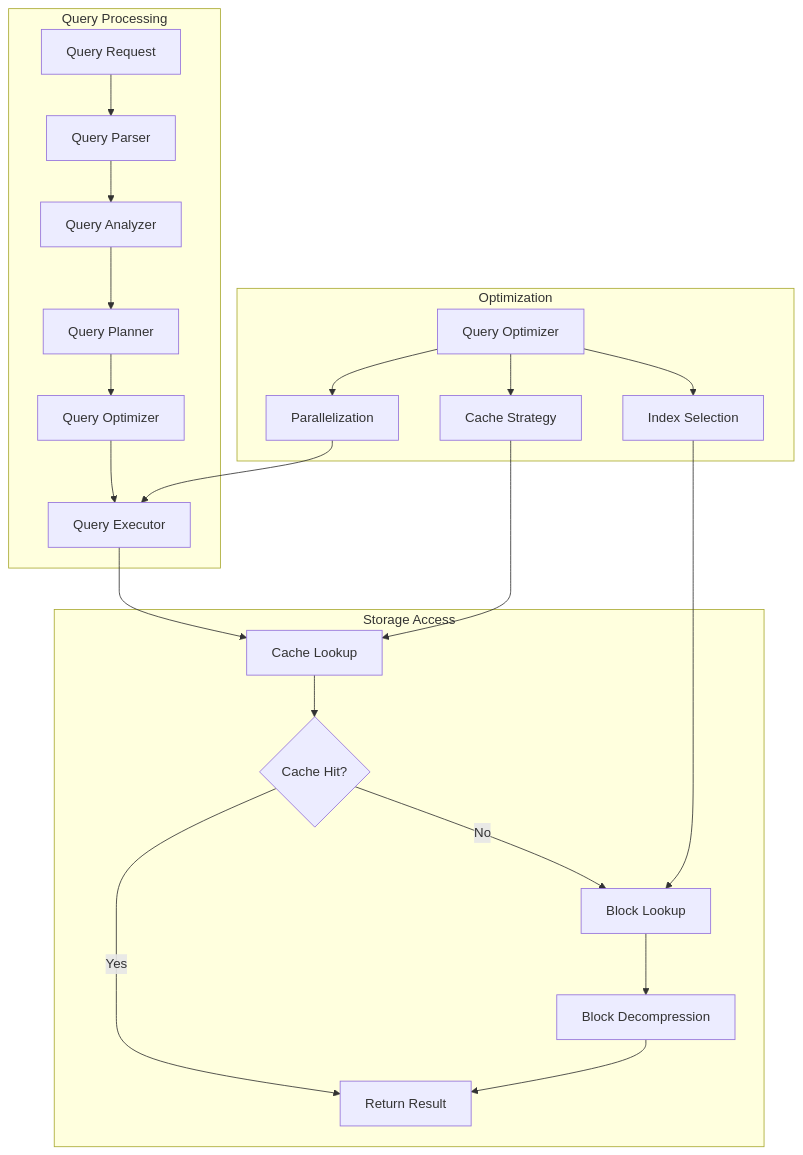
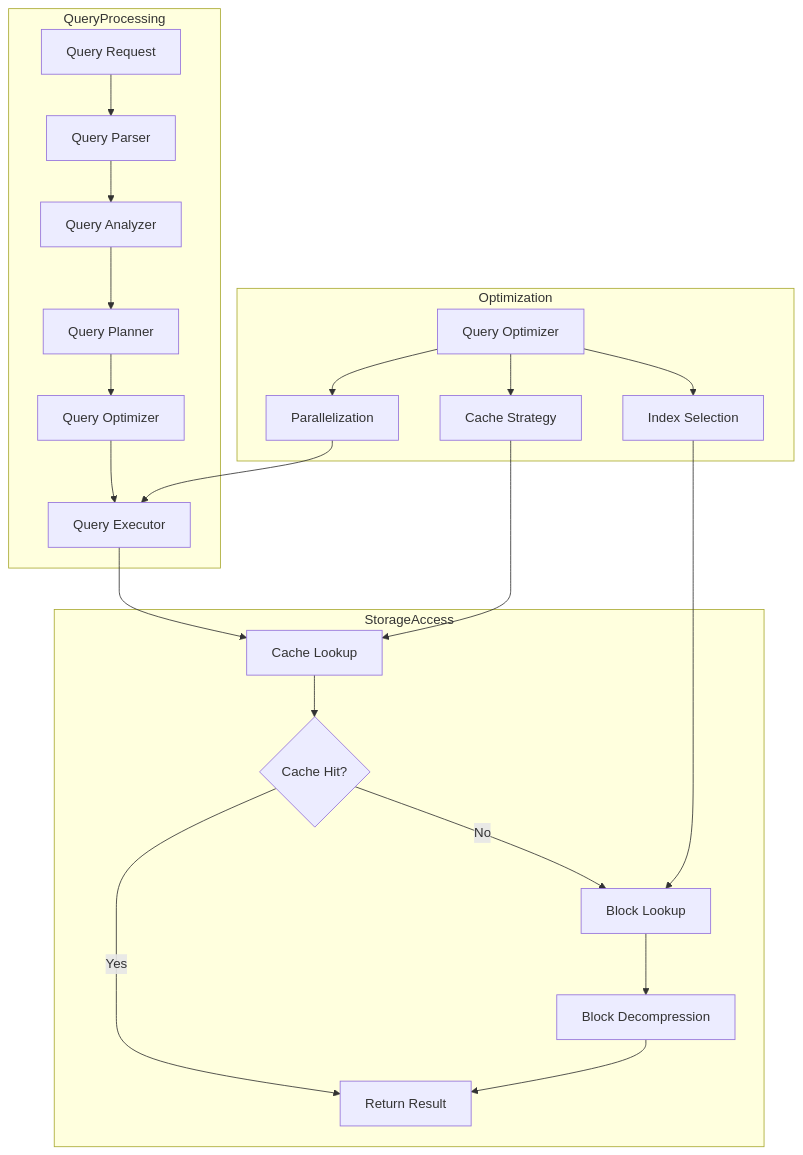
Before and after one commit to vobbilis/mytsdb: the tenth of 12 diagrams in diagrams.md, drawn with Mermaid. The commit also changed other lines of this file, not shown here.

Commit message:
Fix Mermaid syntax errors in diagrams.md - remove parentheses and spaces from subgraph names

````diff
--- a/diagrams.md
+++ b/diagrams.md
@@ -432,29 +432,29 @@
 ```mermaid
 graph TB
-    subgraph Query Processing
+    subgraph QueryProcessing
         Query[Query Request] --> Parser[Query Parser]
         Parser --> Analyzer[Query Analyzer]
         Analyzer --> Planner[Query Planner]
         Planner --> Optimizer[Query Optimizer]
         Optimizer --> Executor[Query Executor]
     end
     
-    subgraph Storage Access
+    subgraph StorageAccess
         Executor --> CacheLookup[Cache Lookup]
         CacheLookup --> CacheHit{Cache Hit?}
         CacheHit -->|Yes| ReturnResult[Return Result]
         CacheHit -->|No| BlockLookup[Block Lookup]
         BlockLookup --> BlockDecompression[Block Decompression]
         BlockDecompression --> ReturnResult
     end
     
     subgraph Optimization
         QueryOptimizer[Query Optimizer] --> IndexSelection[Index Selection]
         QueryOptimizer --> CacheStrategy[Cache Strategy]
         QueryOptimizer --> Parallelization[Parallelization]
         
         IndexSelection --> BlockLookup
         CacheStrategy --> CacheLookup
         Parallelization --> Executor
     end
 ```
````
